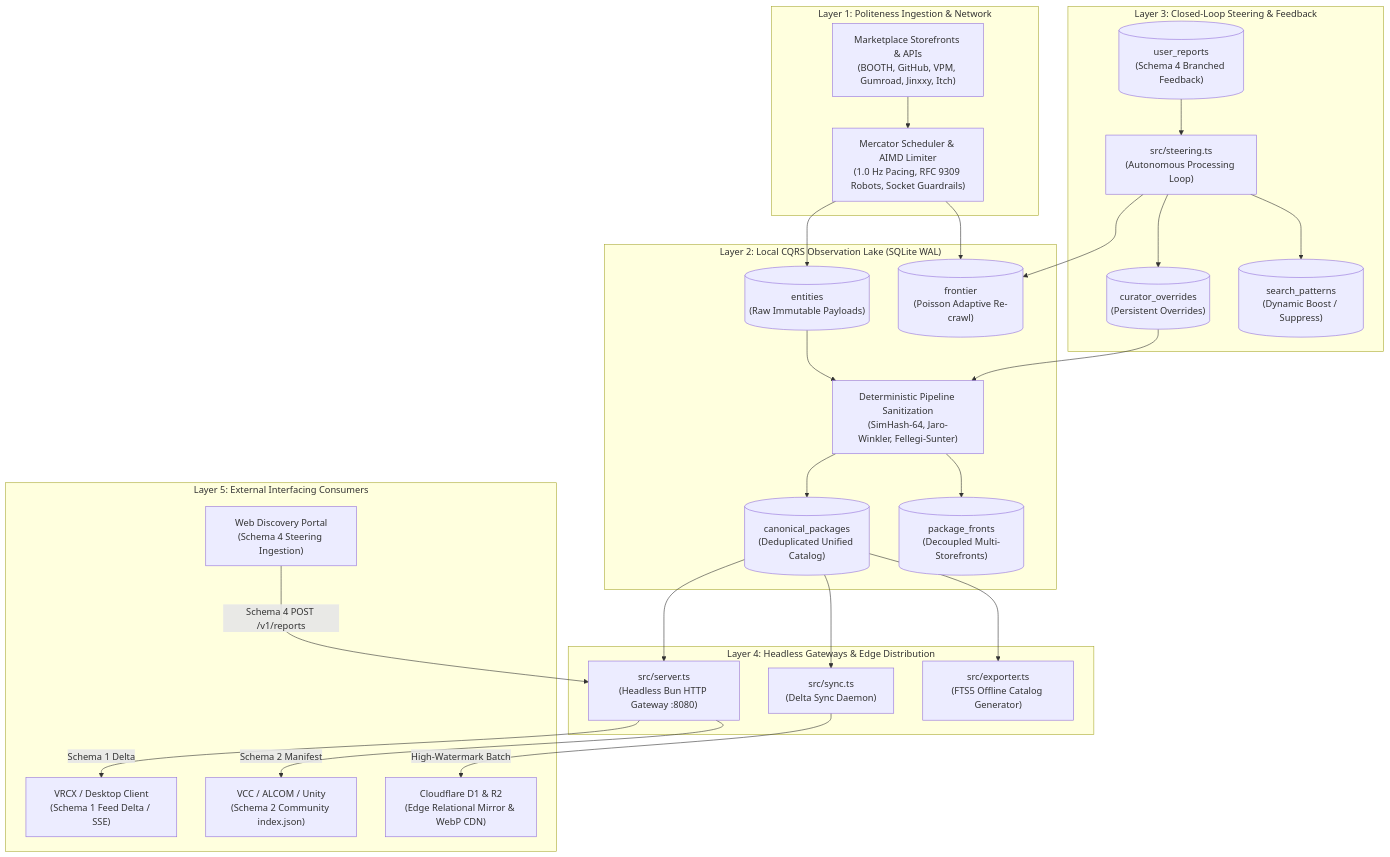
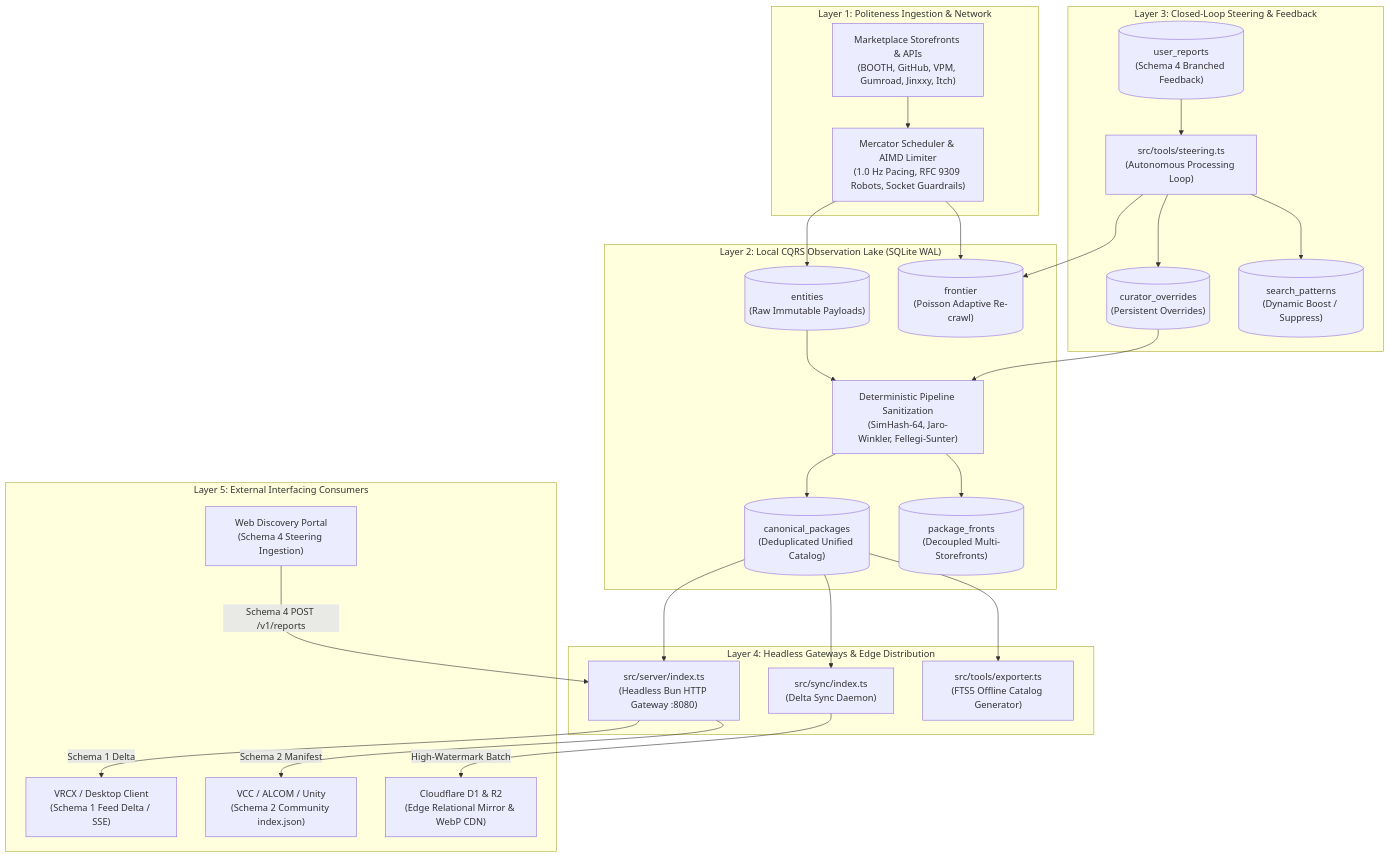
Before and after one commit to SlamTheDragon/vrc-package-crawler: the diagram in DELEGATES.md, drawn with Mermaid. The commit also changed other lines of this file and 24 other files, not shown here.

````diff
--- a/DELEGATES.md
+++ b/DELEGATES.md
@@ -16,48 +16,48 @@
 ```mermaid
 flowchart TD
     subgraph "Layer 1: Politeness Ingestion & Network"
         DOM["Marketplace Storefronts & APIs\n(BOOTH, GitHub, VPM, Gumroad, Jinxxy, Itch)"]
         AIMD["Mercator Scheduler & AIMD Limiter\n(1.0 Hz Pacing, RFC 9309 Robots, Socket Guardrails)"]
         DOM --> AIMD
     end
 
     subgraph "Layer 2: Local CQRS Observation Lake (SQLite WAL)"
         AIMD --> LAKE[("entities\n(Raw Immutable Payloads)")]
         AIMD --> FRONTIER[("frontier\n(Poisson Adaptive Re-crawl)")]
         LAKE --> PIPELINE["Deterministic Pipeline Sanitization\n(SimHash-64, Jaro-Winkler, Fellegi-Sunter)"]
         PIPELINE --> CANONICAL[("canonical_packages\n(Deduplicated Unified Catalog)")]
         PIPELINE --> FRONTS[("package_fronts\n(Decoupled Multi-Storefronts)")]
     end
 
     subgraph "Layer 3: Closed-Loop Steering & Feedback"
         REPORTS[("user_reports\n(Schema 4 Branched Feedback)")]
-        STEER["src/steering.ts\n(Autonomous Processing Loop)"]
+        STEER["src/tools/steering.ts\n(Autonomous Processing Loop)"]
         OVERRIDES[("curator_overrides\n(Persistent Overrides)")]
         PATTERNS[("search_patterns\n(Dynamic Boost / Suppress)")]
         REPORTS --> STEER
         STEER --> OVERRIDES
         STEER --> PATTERNS
         STEER --> FRONTIER
         OVERRIDES --> PIPELINE
     end
 
     subgraph "Layer 4: Headless Gateways & Edge Distribution"
-        HTTP["src/server.ts\n(Headless Bun HTTP Gateway :8080)"]
-        SYNC["src/sync.ts\n(Delta Sync Daemon)"]
-        EXPORT["src/exporter.ts\n(FTS5 Offline Catalog Generator)"]
+        HTTP["src/server/index.ts\n(Headless Bun HTTP Gateway :8080)"]
+        SYNC["src/sync/index.ts\n(Delta Sync Daemon)"]
+        EXPORT["src/tools/exporter.ts\n(FTS5 Offline Catalog Generator)"]
         CANONICAL --> HTTP
         CANONICAL --> SYNC
         CANONICAL --> EXPORT
     end
 
     subgraph "Layer 5: External Interfacing Consumers"
         VRCX["VRCX / Desktop Client\n(Schema 1 Feed Delta / SSE)"]
         VCC["VCC / ALCOM / Unity\n(Schema 2 Community index.json)"]
         WEB["Web Discovery Portal\n(Schema 4 Steering Ingestion)"]
         D1["Cloudflare D1 & R2\n(Edge Relational Mirror & WebP CDN)"]
         HTTP -->|Schema 1 Delta| VRCX
         HTTP -->|Schema 2 Manifest| VCC
         WEB -->|Schema 4 POST /v1/reports| HTTP
         SYNC -->|High-Watermark Batch| D1
     end
 ```
````
